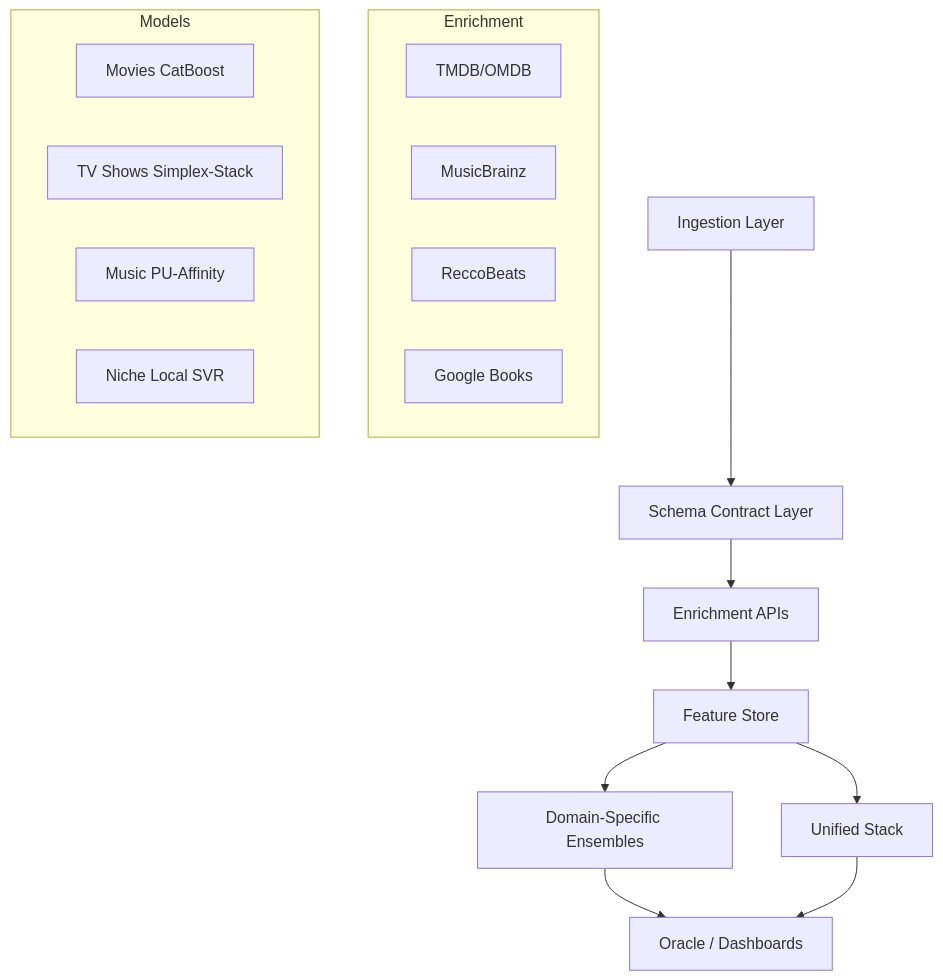
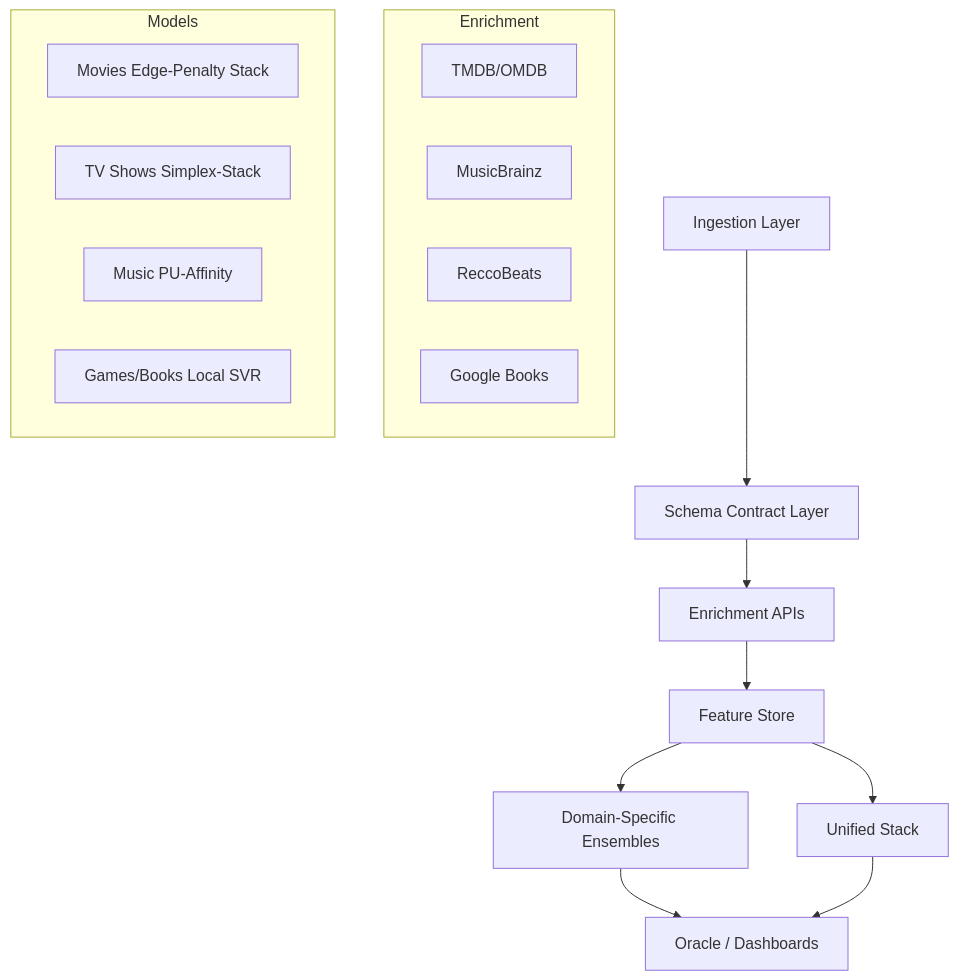
One commit to Paradox-73/Personal_Media_Intelligence_Hub changed the diagram in README.md. Above: the diagram before and after it, drawn with Mermaid. The commit also changed other lines of this file and 18 other files, not shown here.

````diff
--- a/README.md
+++ b/README.md
@@ -41,24 +41,24 @@
 ```mermaid
 graph TD
     A[Ingestion Layer] --> B[Schema Contract Layer]
     B --> C[Enrichment APIs]
     C --> D[Feature Store]
     D --> E[Domain-Specific Ensembles]
     D --> F[Unified Stack]
     E --> G[Oracle / Dashboards]
     F --> G
     
     subgraph Enrichment
     C1[TMDB/OMDB]
     C2[MusicBrainz]
     C3[ReccoBeats]
     C4[Google Books]
     end
     
     subgraph Models
-    E1[Movies CatBoost]
+    E1[Movies Edge-Penalty Stack]
     E2[TV Shows Simplex-Stack]
     E3[Music PU-Affinity]
-    E4[Niche Local SVR]
+    E4[Games/Books Local SVR]
     end
 ```
````
